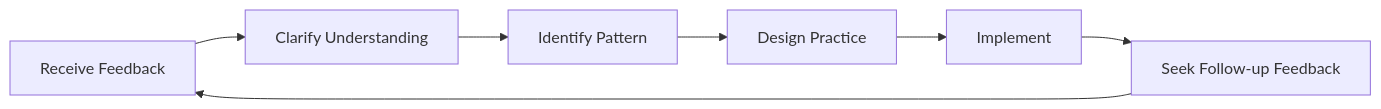
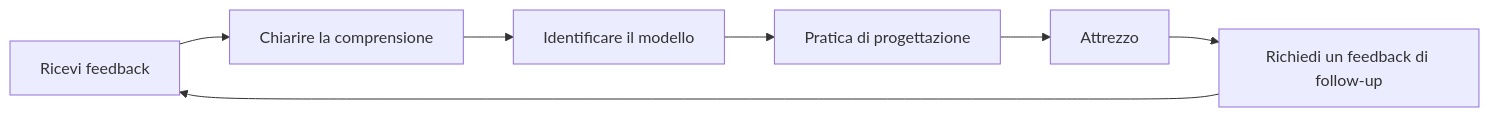
The diagram in docs/it/education/self-awareness/feedback.md (patwii/petanque-academy), drawn with Mermaid before and after one commit. The commit also changed other lines of this file and 550 other files, not shown here.

````diff
--- a/docs/it/education/self-awareness/feedback.md
+++ b/docs/it/education/self-awareness/feedback.md
@@ -164,9 +164,9 @@
 ```mermaid
 flowchart LR
-    A[Receive Feedback] --> B[Clarify Understanding]
-    B --> C[Identify Pattern]
-    C --> D[Design Practice]
-    D --> E[Implement]
-    E --> F[Seek Follow-up Feedback]
+    A[Ricevi feedback] --> B[Chiarire la comprensione]
+    B --> C[Identificare il modello]
+    C --> D[Pratica di progettazione]
+    D --> E[Attrezzo]
+    E --> F[Richiedi un feedback di follow-up]
     F --> A
 ```
````
